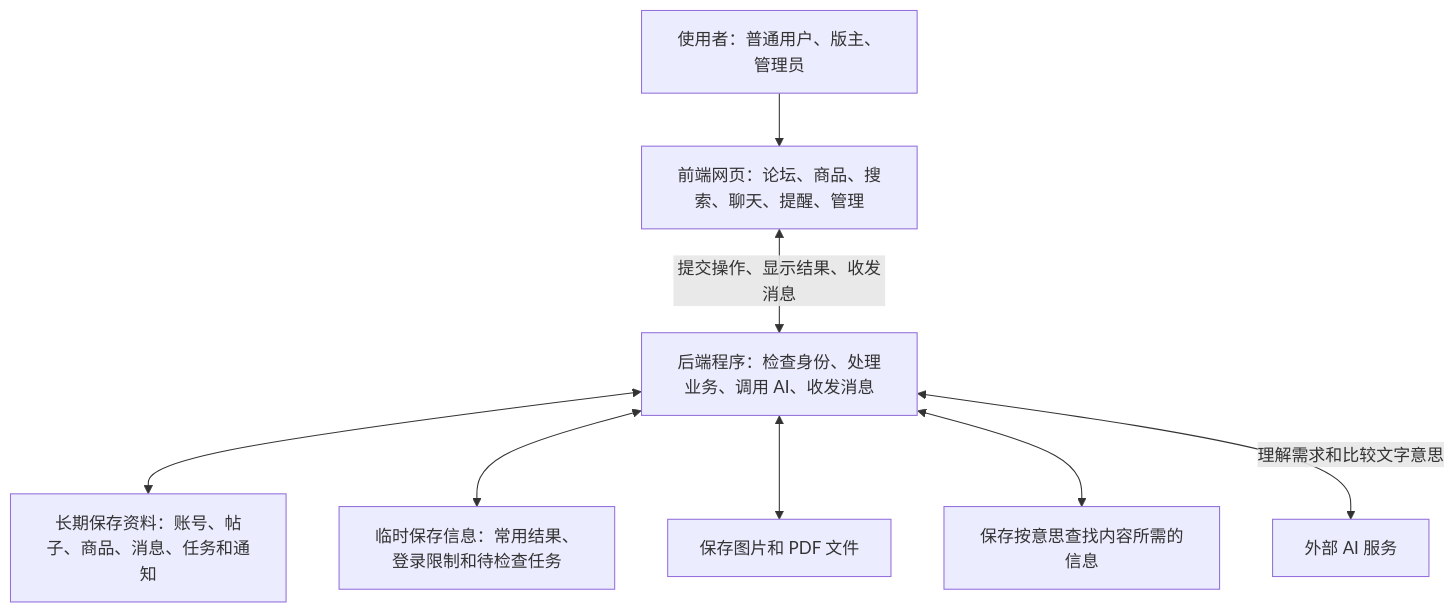
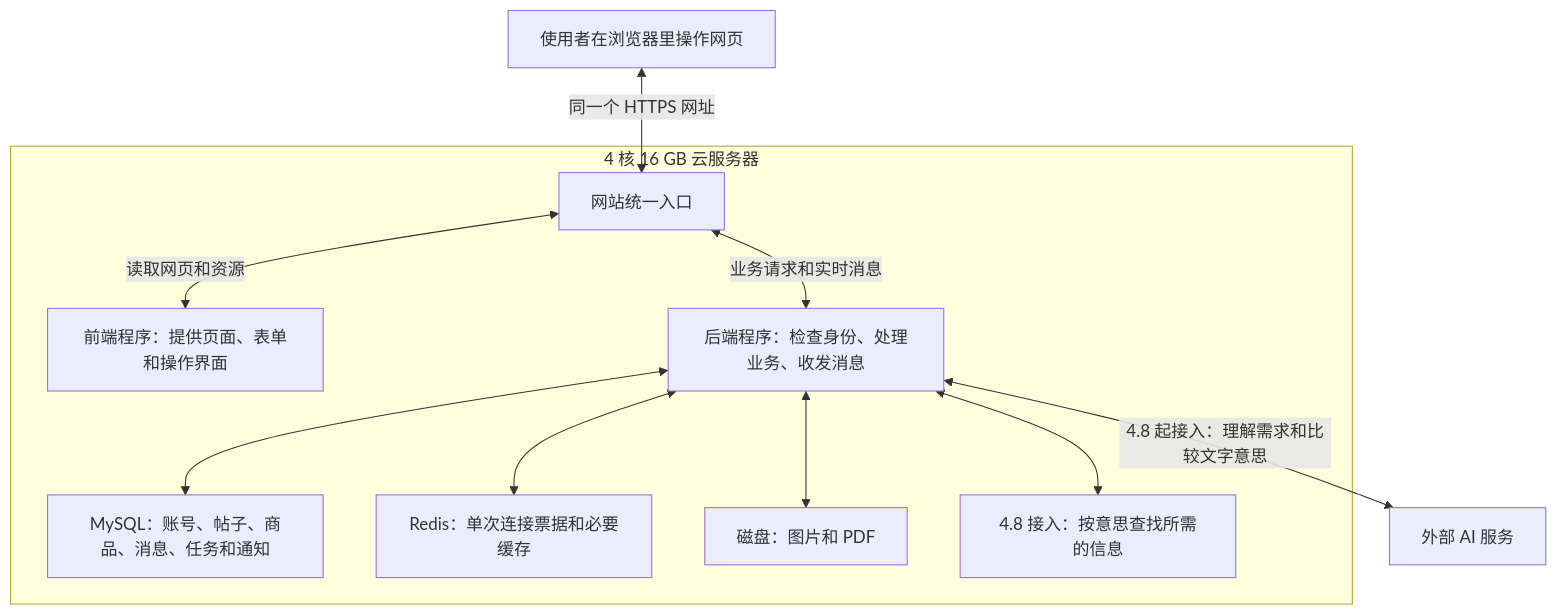
The first of 2 diagrams in 邮智汇_程设项目计划书.md (Feli-res/byr_program), drawn with Mermaid before and after one commit. The commit also changed other lines of this file and 39 other files, not shown here.

````diff
--- a/邮智汇_程设项目计划书.md
+++ b/邮智汇_程设项目计划书.md
@@ -121,10 +121,13 @@
 ```mermaid
 flowchart TD
-    U["使用者：普通用户、版主、管理员"] --> W["前端网页：论坛、商品、搜索、聊天、提醒、管理"]
-    W <-->|"提交操作、显示结果、收发消息"| S["后端程序：检查身份、处理业务、调用 AI、收发消息"]
-    S <--> D["长期保存资料：账号、帖子、商品、消息、任务和通知"]
-    S <--> R["临时保存信息：常用结果、登录限制和待检查任务"]
-    S <--> F["保存图片和 PDF 文件"]
-    S <--> V["保存按意思查找内容所需的信息"]
-    S <-->|"理解需求和比较文字意思"| AI["外部 AI 服务"]
+    U["使用者在浏览器里操作网页"] <-->|"同一个 HTTPS 网址"| E
+    subgraph SERVER["4 核 16 GB 云服务器"]
+        E["网站统一入口"] <-->|"读取网页和资源"| W["前端程序：提供页面、表单和操作界面"]
+        E <-->|"业务请求和实时消息"| S["后端程序：检查身份、处理业务、收发消息"]
+        S <--> D["MySQL：账号、帖子、商品、消息、任务和通知"]
+        S <--> R["Redis：单次连接票据和必要缓存"]
+        S <--> F["磁盘：图片和 PDF"]
+        S <--> V["4.8 接入：按意思查找所需的信息"]
+    end
+    S <-->|"4.8 起接入：理解需求和比较文字意思"| AI["外部 AI 服务"]
 ```
````
